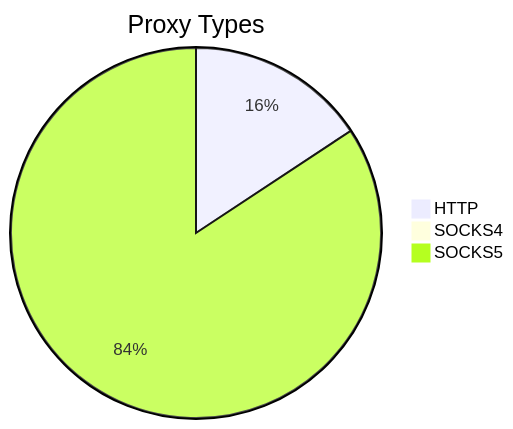
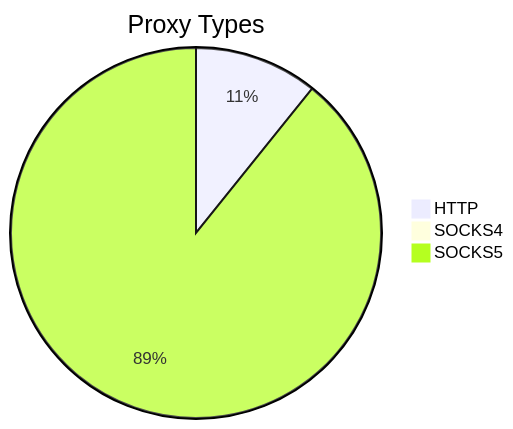
One commit to stormsia/proxy-list changed the first of 2 diagrams in README.md. Above: the diagram before and after it, drawn with Mermaid. The commit also changed other lines of this file, not shown here.

````diff
--- a/README.md
+++ b/README.md
@@ -21,6 +21,6 @@
 ```mermaid
 pie title Proxy Types
-    "HTTP" : 877
-    "SOCKS4" : 35
-    "SOCKS5" : 4705
+    "HTTP" : 903
+    "SOCKS4" : 24
+    "SOCKS5" : 7479
 ```
````
